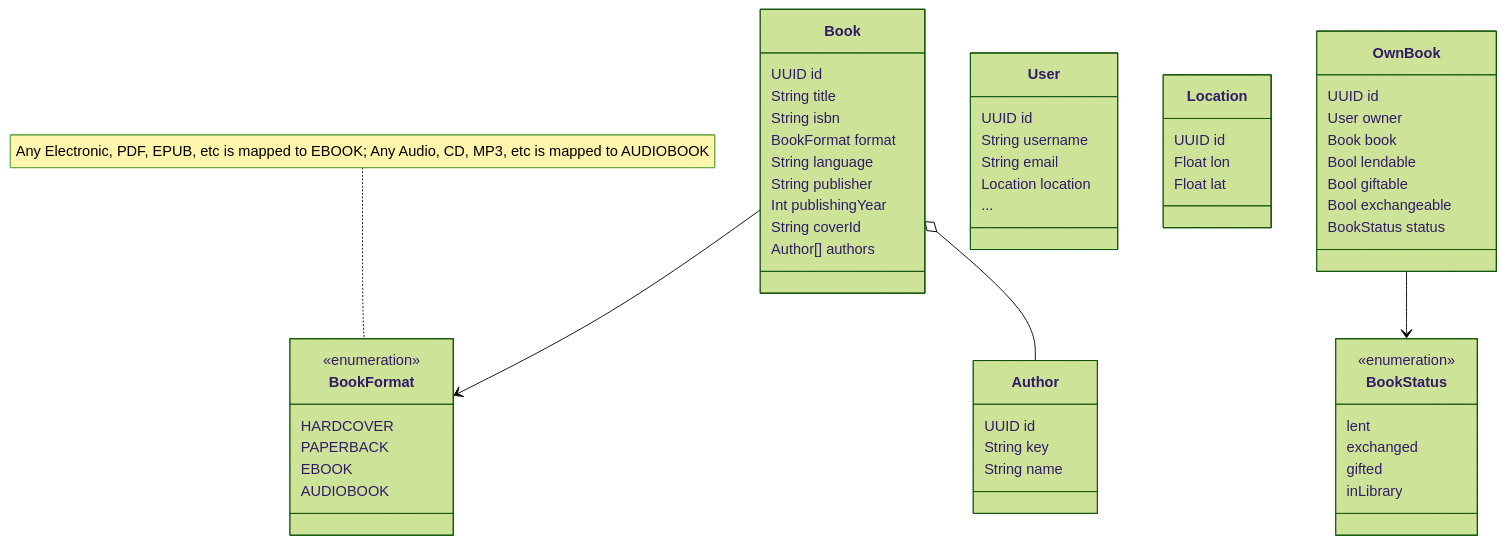
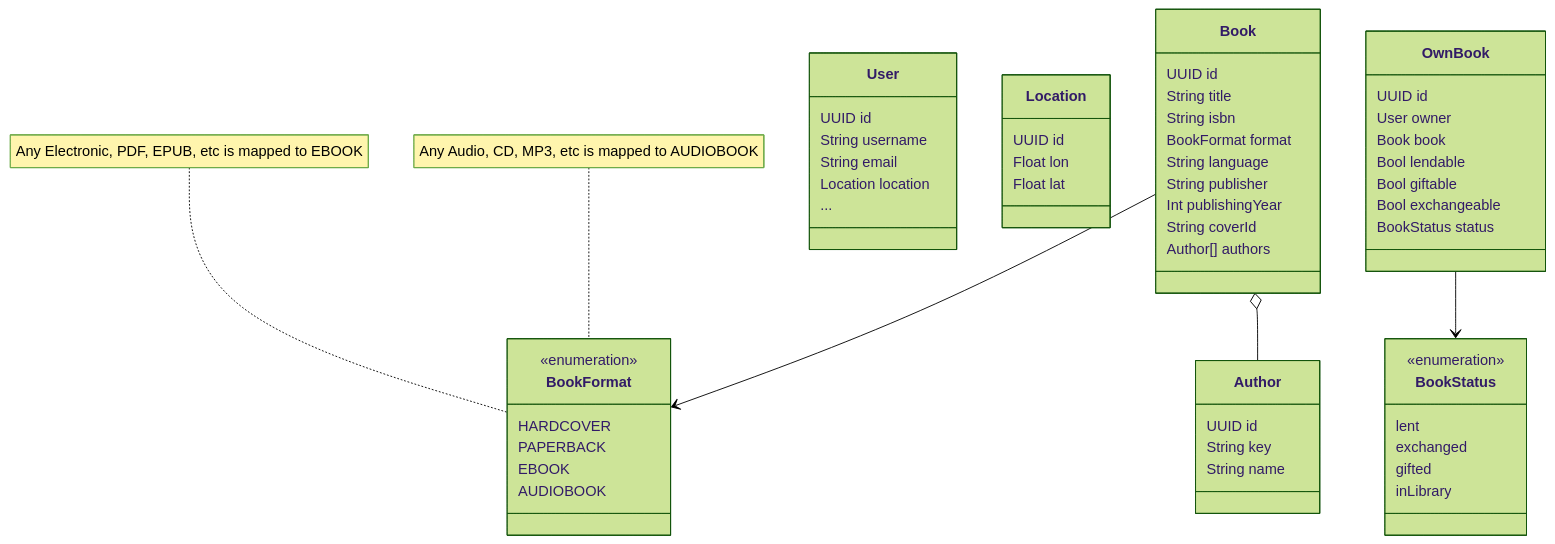
One commit to AAU-ASE24W-group-E/crowd-library changed the diagram in docs/domain-analysis/domain-diagram.md. Above: the diagram before and after it, drawn with Mermaid (forest theme).

Commit message:
split long note for BookFormat

````diff
--- a/docs/domain-analysis/domain-diagram.md
+++ b/docs/domain-analysis/domain-diagram.md
@@ -26,68 +26,69 @@
 ```mermaid
 classDiagram
     Book --> BookFormat
     Book o-- Author
 
     OwnBook --> BookStatus 
 
     class Book {
         UUID id
         String title
         String isbn
         BookFormat format
         String language
         String publisher
         Int publishingYear
         String coverId
         Author[] authors
     }
 
     class BookFormat {
         <<enumeration>>
         HARDCOVER
         PAPERBACK
         EBOOK
         AUDIOBOOK
     }
 
-    note for BookFormat "Any Electronic, PDF, EPUB, etc is mapped to EBOOK; Any Audio, CD, MP3, etc is mapped to AUDIOBOOK"
+    note for BookFormat "Any Electronic, PDF, EPUB, etc is mapped to EBOOK"
+    note for BookFormat "Any Audio, CD, MP3, etc is mapped to AUDIOBOOK"
 
     class Author {
         UUID id
         String key
         String name
     }
 
     class User {
         UUID id
         String username
         String email
         Location location
         ...
     }
 
     class OwnBook {
         UUID id
         User owner
         Book book
         Bool lendable
         Bool giftable
         Bool exchangeable
         BookStatus status 
     }
 
     class BookStatus {
         <<enumeration>>
         lent
         exchanged
         gifted
         inLibrary
     }
 
     class Location {
         UUID id
         Float lon
         Float lat
     }
 
 ```
````
